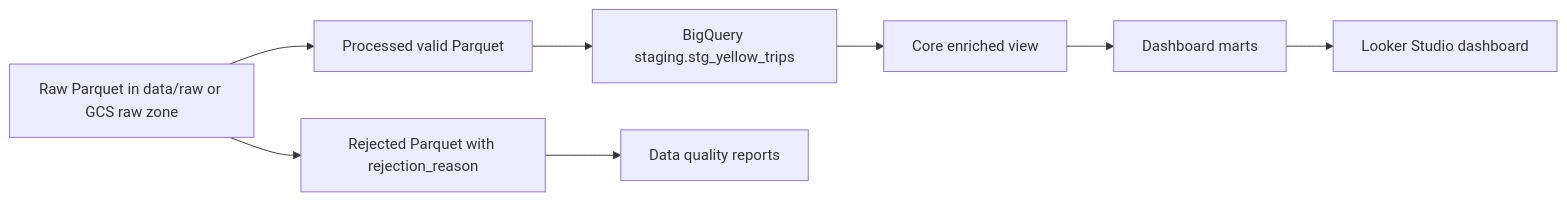
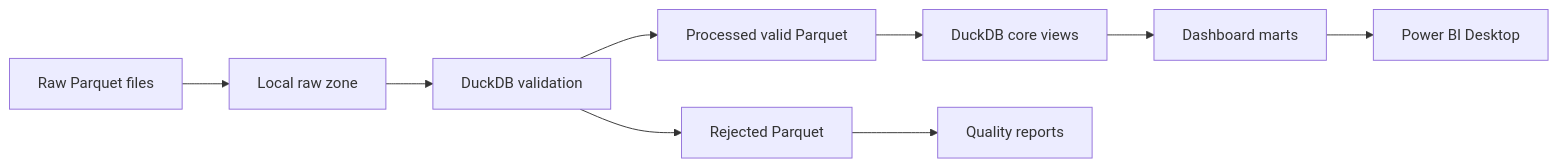
One commit to kriangsak0066/data-engineering-portfolio changed the diagram in Project_nyc-taxi-gcp-data-pipeline/nyc-taxi-gcp-data-pipeline/docs/DATA_MODEL.md. Above: the diagram before and after it, drawn with Mermaid. The commit also changed other lines of this file and 17 other files, not shown here.

````diff
--- a/Project_nyc-taxi-gcp-data-pipeline/nyc-taxi-gcp-data-pipeline/docs/DATA_MODEL.md
+++ b/Project_nyc-taxi-gcp-data-pipeline/nyc-taxi-gcp-data-pipeline/docs/DATA_MODEL.md
@@ -20,10 +20,11 @@
 ```mermaid
 flowchart LR
-    A["Raw Parquet in data/raw or GCS raw zone"] --> B["Processed valid Parquet"]
-    A --> C["Rejected Parquet with rejection_reason"]
-    B --> D["BigQuery staging.stg_yellow_trips"]
-    D --> E["Core enriched view"]
-    E --> F["Dashboard marts"]
-    C --> G["Data quality reports"]
-    F --> H["Looker Studio dashboard"]
+    A["Raw Parquet files"] --> B["Local raw zone"]
+    B --> C["DuckDB validation"]
+    C --> D["Processed valid Parquet"]
+    C --> E["Rejected Parquet"]
+    D --> F["DuckDB core views"]
+    F --> G["Dashboard marts"]
+    G --> H["Power BI Desktop"]
+    E --> I["Quality reports"]
 ```
````
